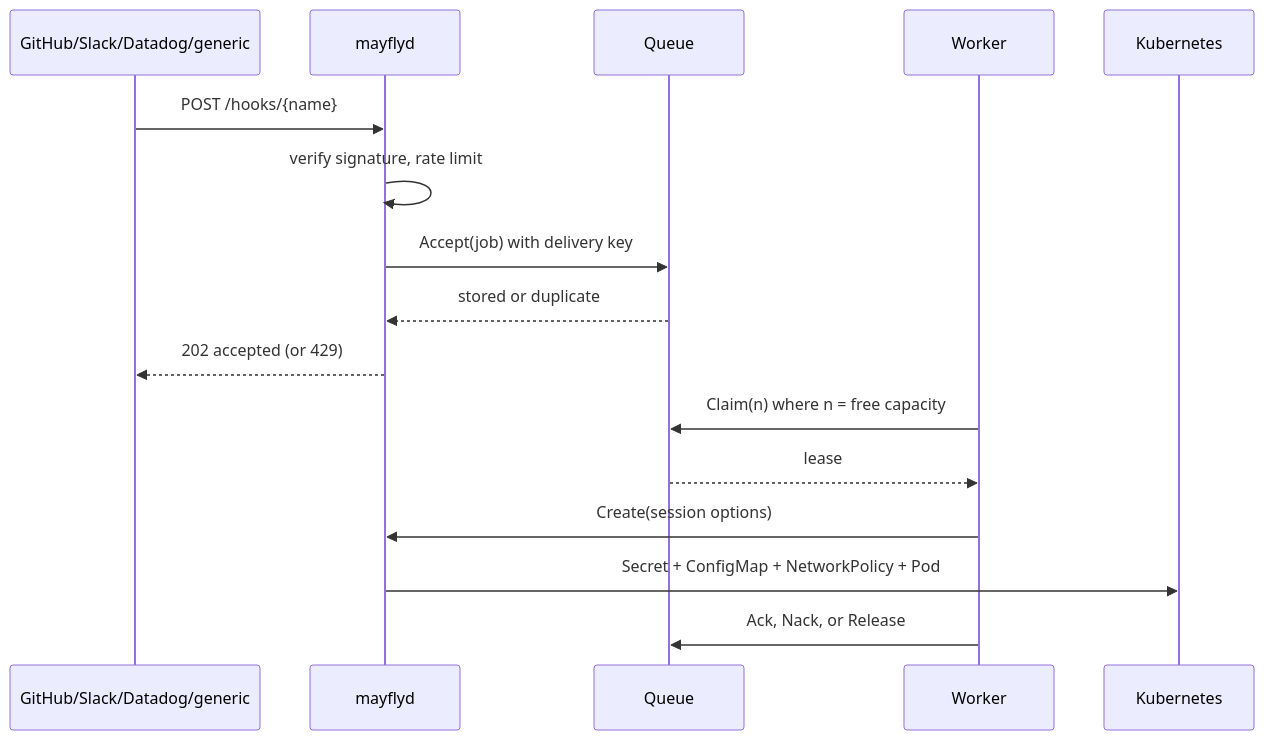
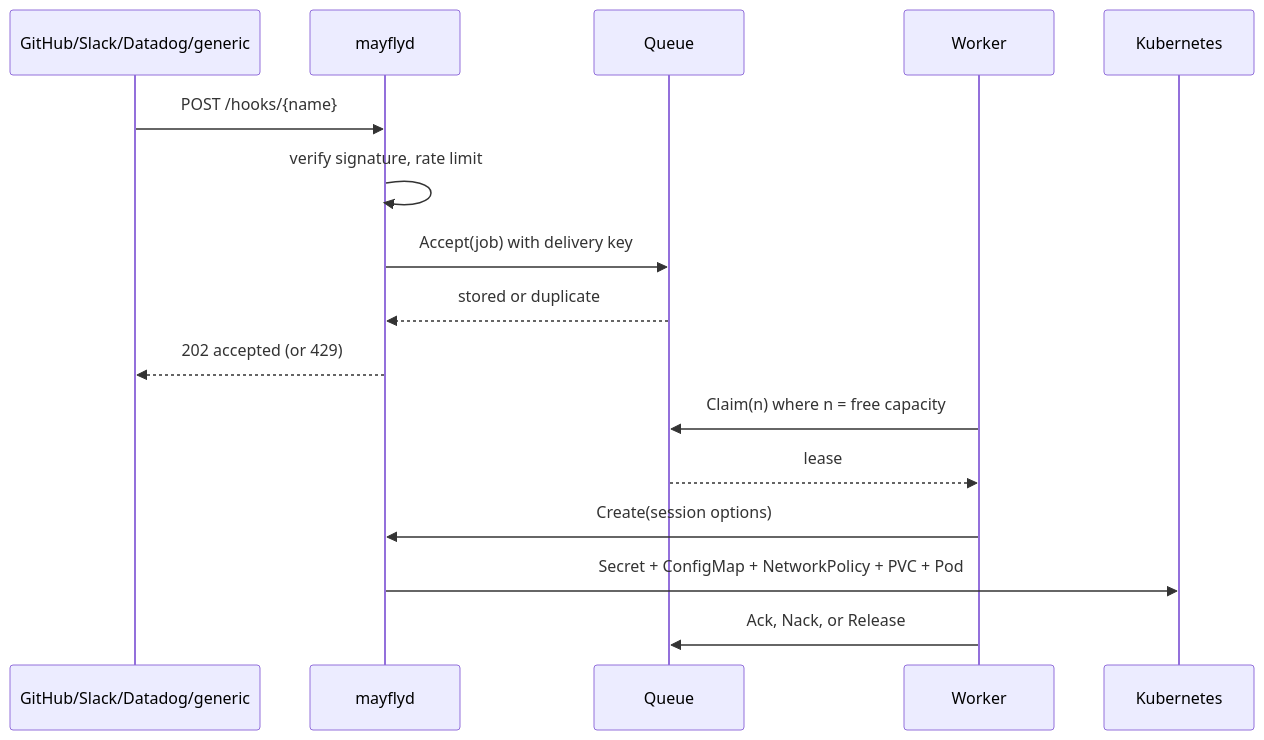
Before and after one commit to hayfever/mayfly: the first of 3 diagrams in docs/architecture.md, drawn with Mermaid. The commit also changed other lines of this file and 22 other files, not shown here.

First line of the commit message:
docs: accuracy pass over every Markdown file; bring architecture.md up to date (#56)

````diff
--- a/docs/architecture.md
+++ b/docs/architecture.md
@@ -38,19 +44,19 @@
 ```mermaid
 sequenceDiagram
   participant Hook as GitHub/Slack/Datadog/generic
   participant CP as mayflyd
   participant Q as Queue
   participant W as Worker
   participant K8s as Kubernetes
 
   Hook->>CP: POST /hooks/{name}
   CP->>CP: verify signature, rate limit
   CP->>Q: Accept(job) with delivery key
   Q-->>CP: stored or duplicate
   CP-->>Hook: 202 accepted (or 429)
   W->>Q: Claim(n) where n = free capacity
   Q-->>W: lease
   W->>CP: Create(session options)
-  CP->>K8s: Secret + ConfigMap + NetworkPolicy + Pod
+  CP->>K8s: Secret + ConfigMap + NetworkPolicy + PVC + Pod
   W->>Q: Ack, Nack, or Release
 ```
````
